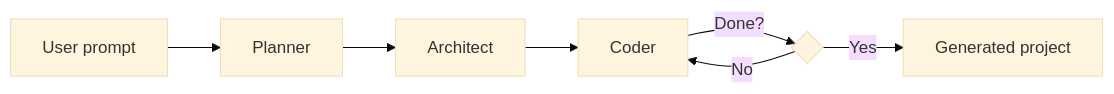
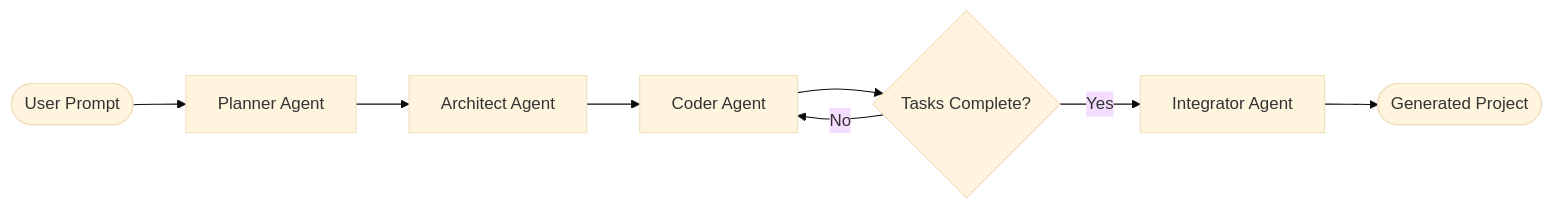
One commit to adityaxxz/Adra-AI changed the diagram in README.md. Above: the diagram before and after it, drawn with Mermaid (base theme). The commit also changed other lines of this file and 1 other file, not shown here.

````diff
--- a/README.md
+++ b/README.md
@@ -7,10 +7,21 @@
 ```mermaid
 flowchart LR
-    A[User prompt] --> B[Planner]
-    B --> C[Architect]
-    C --> D[Coder]
-    D -->|Done?| F{ }
 
-    F -->|No| D
-    F -->|Yes| E[Generated project]
+    User([User Prompt])
+    Planner[Planner Agent]
+    Architect[Architect Agent]
+    Coder[Coder Agent]
+    Decision{Tasks Complete?}
+    Integrator[Integrator Agent]
+    Output([Generated Project])
+
+    User --> Planner
+    Planner --> Architect
+    Architect --> Coder
+    Coder --> Decision
+
+    Decision -->|No| Coder
+    Decision -->|Yes| Integrator
+
+    Integrator --> Output
 ```
````
